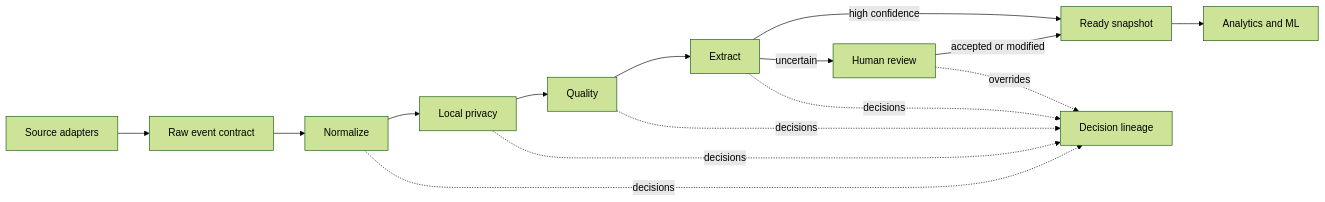
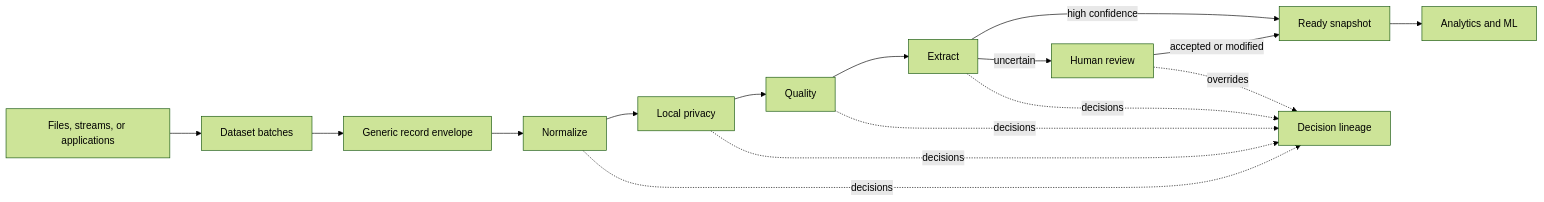
One commit to realAllenSong/Verity changed the diagram in docs/architecture.md. Above: the diagram before and after it, drawn with Mermaid (forest theme). The commit also changed other lines of this file and 38 other files, not shown here.

````diff
--- a/docs/architecture.md
+++ b/docs/architecture.md
@@ -5,18 +5,19 @@
 ```mermaid
 flowchart LR
-    A[Source adapters] --> B[Raw event contract]
-    B --> C[Normalize]
+    A[Files, streams, or applications] --> B[Dataset batches]
+    B --> C0[Generic record envelope]
+    C0 --> C[Normalize]
     C --> D[Local privacy]
     D --> E[Quality]
     E --> F[Extract]
     F -->|high confidence| G[Ready snapshot]
     F -->|uncertain| H[Human review]
     H -->|accepted or modified| G
     G --> I[Analytics and ML]
 
     C -. decisions .-> J[Decision lineage]
     D -. decisions .-> J
     E -. decisions .-> J
     F -. decisions .-> J
     H -. overrides .-> J
 ```
````
